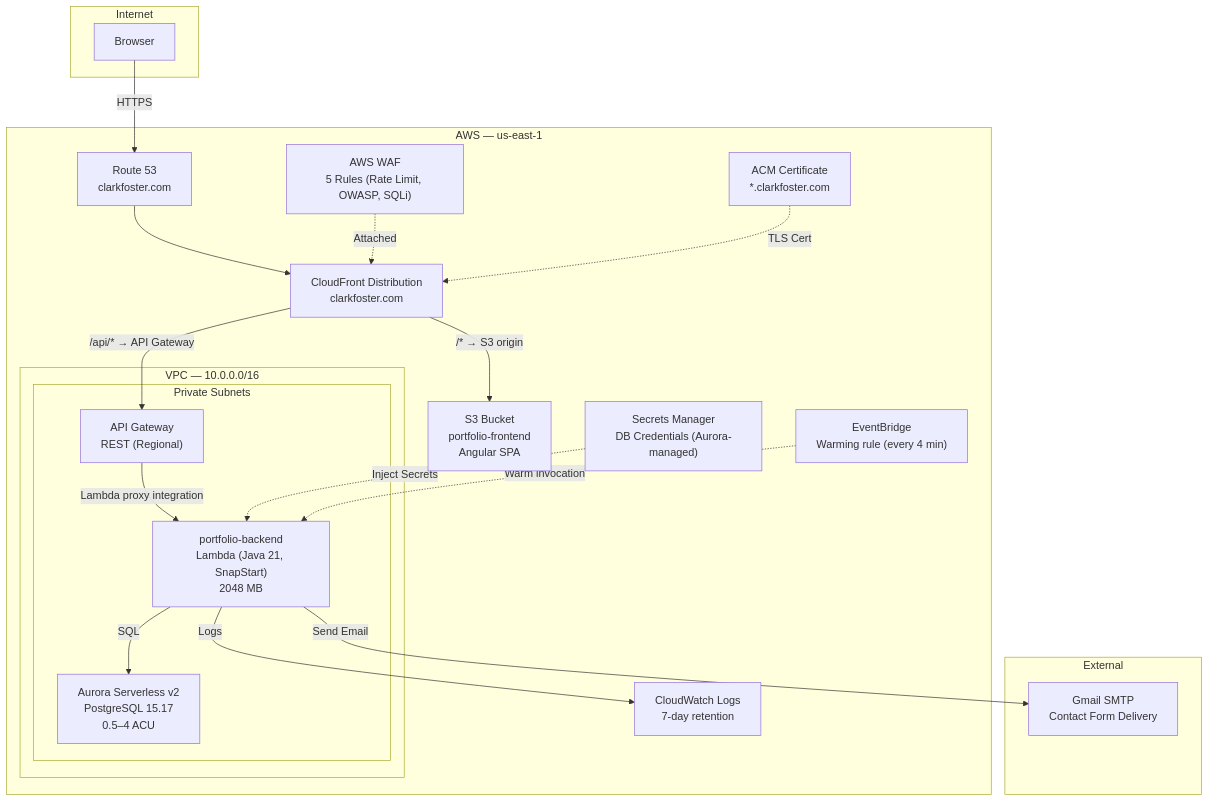
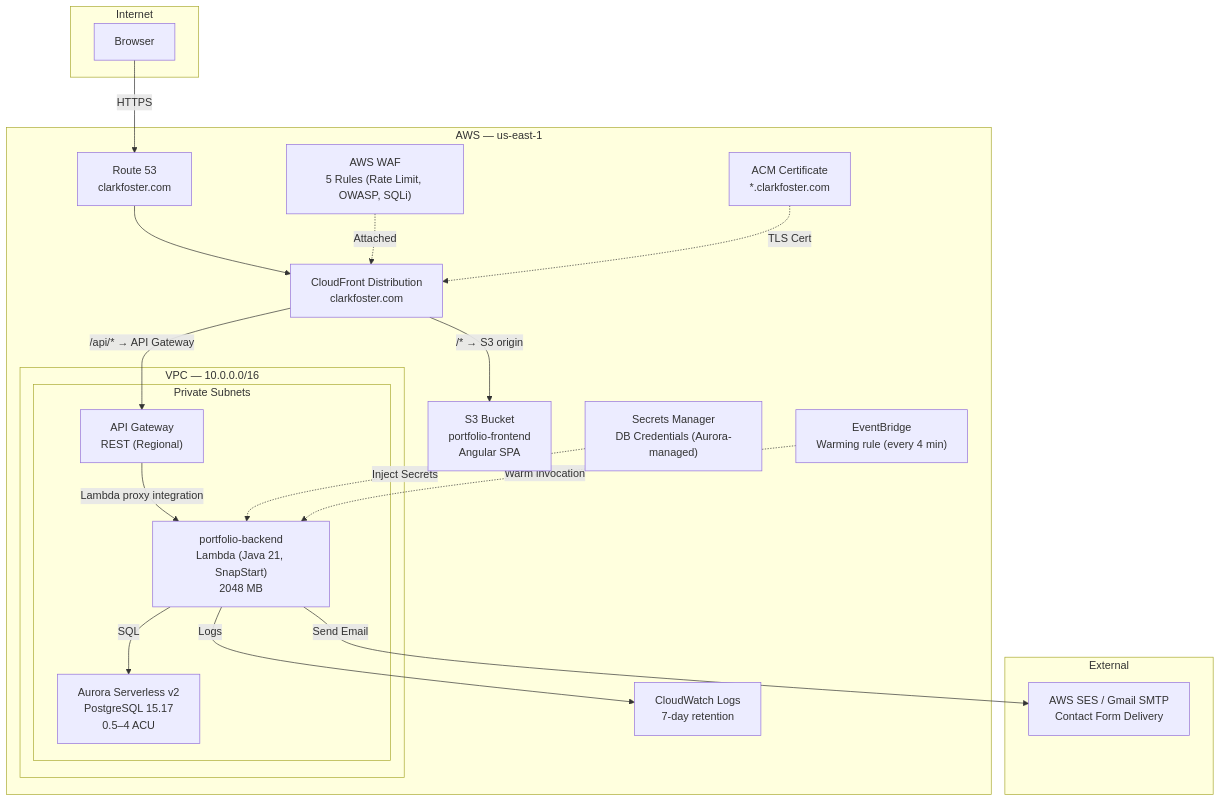
Before and after one commit to clark22134/MyPortfolioWebsite: the first of 16 diagrams in docs/ARCHITECTURE.md, drawn with Mermaid. The commit also changed other lines of this file and 25 other files, not shown here.

````diff
--- a/docs/ARCHITECTURE.md
+++ b/docs/ARCHITECTURE.md
@@ -9,43 +9,43 @@
 ```mermaid
 graph TB
     subgraph Internet
         Browser[Browser]
     end
 
     subgraph AWS["AWS — us-east-1"]
         Route53["Route 53<br/>clarkfoster.com"]
         WAF["AWS WAF<br/>5 Rules (Rate Limit, OWASP, SQLi)"]
         ACM["ACM Certificate<br/>*.clarkfoster.com"]
         CF["CloudFront Distribution<br/>clarkfoster.com"]
         S3["S3 Bucket<br/>portfolio-frontend<br/>Angular SPA"]
 
         subgraph VPC["VPC — 10.0.0.0/16"]
             subgraph Private["Private Subnets"]
                 APIGW["API Gateway<br/>REST (Regional)"]
                 Lambda["portfolio-backend<br/>Lambda (Java 21, SnapStart)<br/>2048 MB"]
                 Aurora["Aurora Serverless v2<br/>PostgreSQL 15.17<br/>0.5–4 ACU"]
             end
         end
 
         SM["Secrets Manager<br/>DB Credentials (Aurora-managed)"]
         CW["CloudWatch Logs<br/>7-day retention"]
         EB["EventBridge<br/>Warming rule (every 4 min)"]
     end
 
     subgraph External
-        SMTP["Gmail SMTP<br/>Contact Form Delivery"]
+        SMTP["AWS SES / Gmail SMTP<br/>Contact Form Delivery"]
     end
 
     Browser -->|HTTPS| Route53
     Route53 --> CF
     WAF -.->|Attached| CF
     ACM -.->|TLS Cert| CF
     CF -->|"/* → S3 origin"| S3
     CF -->|"/api/* → API Gateway"| APIGW
     APIGW -->|Lambda proxy integration| Lambda
     Lambda -->|SQL| Aurora
     Lambda -->|Send Email| SMTP
     SM -.->|Inject Secrets| Lambda
     Lambda -->|Logs| CW
     EB -.->|Warm invocation| Lambda
 ```
````
